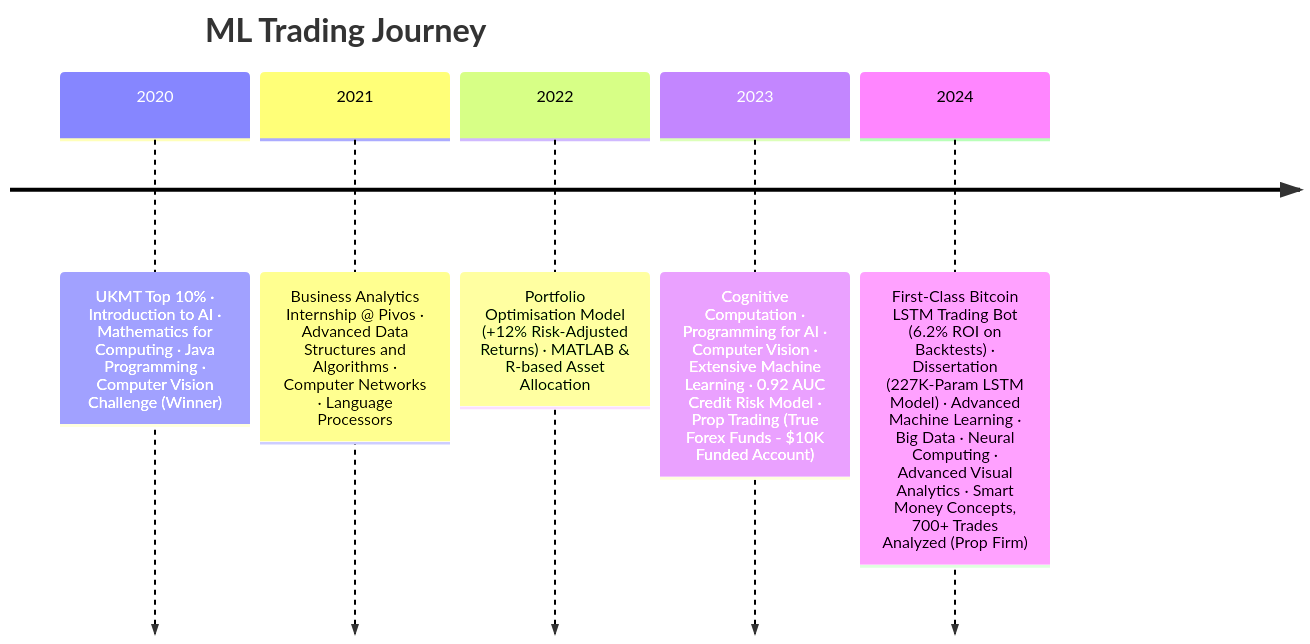
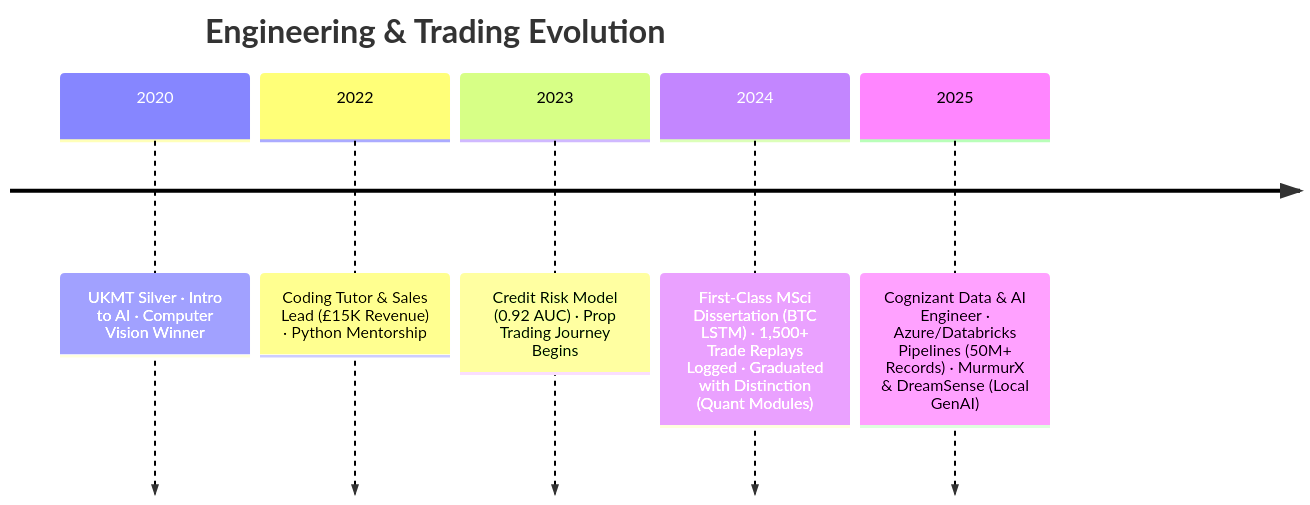
The first of 3 diagrams in README.md (MohamadKanso/MohamadKanso), drawn with Mermaid before and after one commit. The commit also changed other lines of this file, not shown here.

````diff
--- a/README.md
+++ b/README.md
@@ -20,12 +18,10 @@
 ```mermaid
 timeline
-    title ML Trading Journey
-    2020 : UKMT Top 10% · Introduction to AI · Mathematics for Computing · Java Programming · Computer Vision Challenge (Winner)  
-    2021 : Business Analytics Internship @ Pivos · Advanced Data Structures and Algorithms · Computer Networks · Language Processors  
-    2022 : Portfolio Optimisation Model (+12% Risk-Adjusted Returns) · MATLAB & R-based Asset Allocation  
-    2023 : Cognitive Computation · Programming for AI · Computer Vision · Extensive Machine Learning · 0.92 AUC Credit Risk Model · Prop Trading (True Forex Funds - $10K Funded Account)  
-    2024 : First-Class Bitcoin LSTM Trading Bot (6.2% ROI on Backtests) · Dissertation (227K-Param LSTM Model) · Advanced Machine Learning · Big Data · Neural Computing · Advanced Visual Analytics · Smart Money Concepts, 700+ Trades Analyzed (Prop Firm)  
-
-
+    title Engineering & Trading Evolution
+    2020 : UKMT Silver · Intro to AI · Computer Vision Winner
+    2022 : Coding Tutor & Sales Lead (£15K Revenue) · Python Mentorship
+    2023 : Credit Risk Model (0.92 AUC) · Prop Trading Journey Begins
+    2024 : First-Class MSci Dissertation (BTC LSTM) · 1,500+ Trade Replays Logged · Graduated with Distinction (Quant Modules)
+    2025 : Cognizant Data & AI Engineer · Azure/Databricks Pipelines (50M+ Records) · MurmurX & DreamSense (Local GenAI)
 
 ```
````
